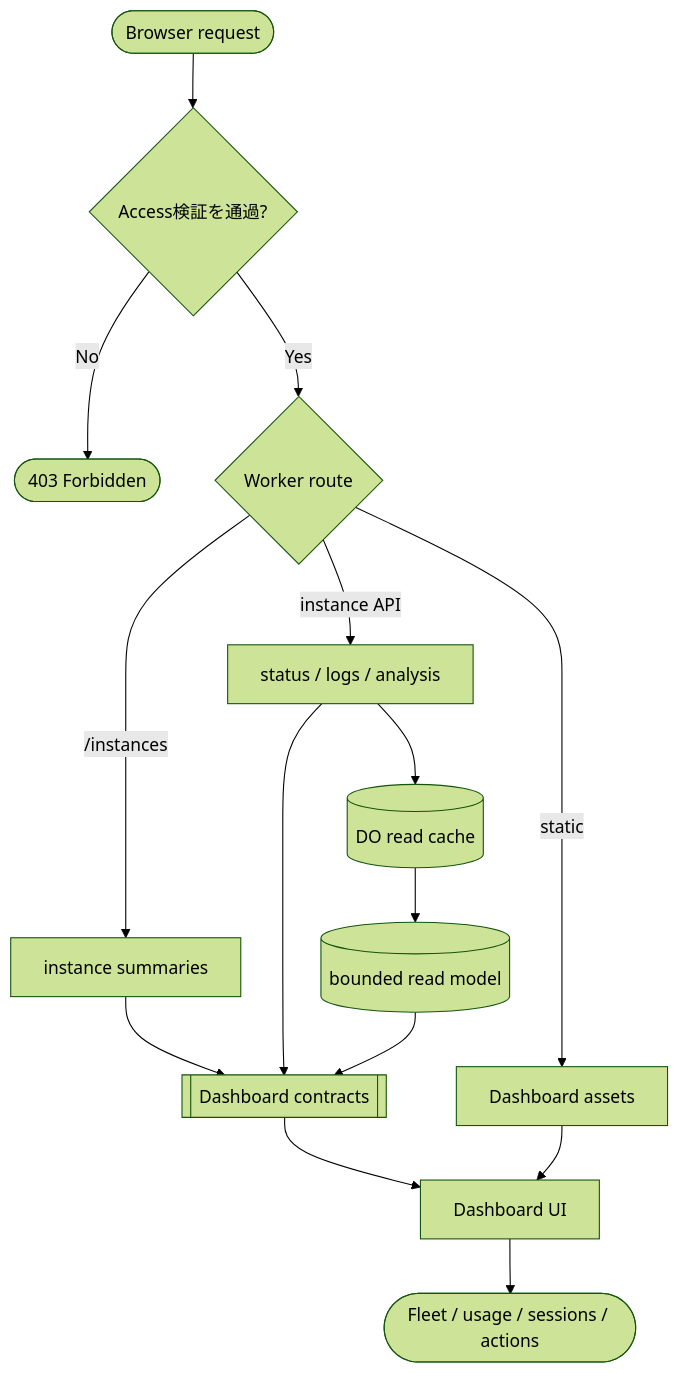
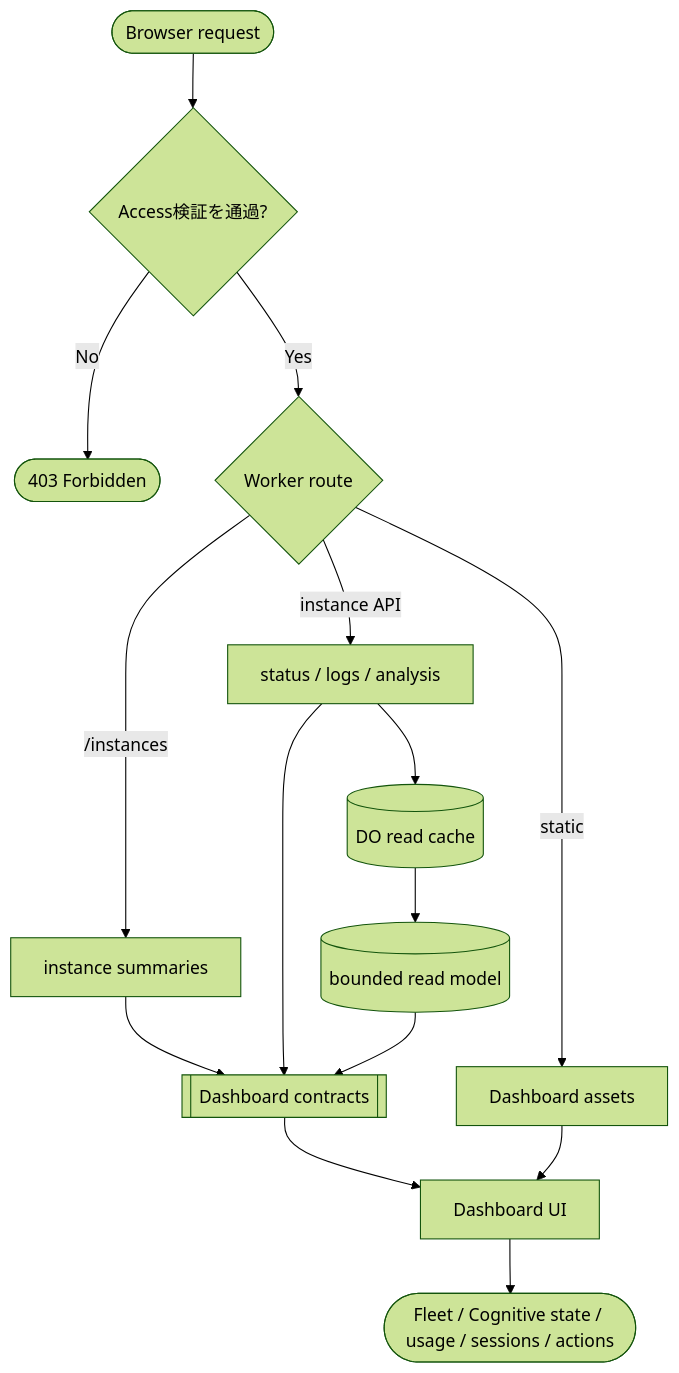
One commit to yatabis/echo-chamber changed the ninth of 9 diagrams in docs/echo-processing-flows.md. Above: the diagram before and after it, drawn with Mermaid (forest theme). The commit also changed other lines of this file and 21 other files, not shown here.

````diff
--- a/docs/echo-processing-flows.md
+++ b/docs/echo-processing-flows.md
@@ -287,19 +287,19 @@
 ```mermaid
 flowchart TD
   browser([Browser request]) --> access{Access検証を通過?}
   access -->|No| forbidden([403 Forbidden])
   access -->|Yes| route{Worker route}
 
   route -->|static| assets[Dashboard assets]
   route -->|/instances| instances[instance summaries]
   route -->|instance API| detail[status / logs / analysis]
 
   detail --> cache[(DO read cache)]
   cache --> bounded[(bounded read model)]
   instances --> contracts[[Dashboard contracts]]
   detail --> contracts
   bounded --> contracts
   contracts --> ui[Dashboard UI]
   assets --> ui
-  ui --> finish([Fleet / usage / sessions / actions])
+  ui --> finish([Fleet / Cognitive state / usage / sessions / actions])
 ```
````
